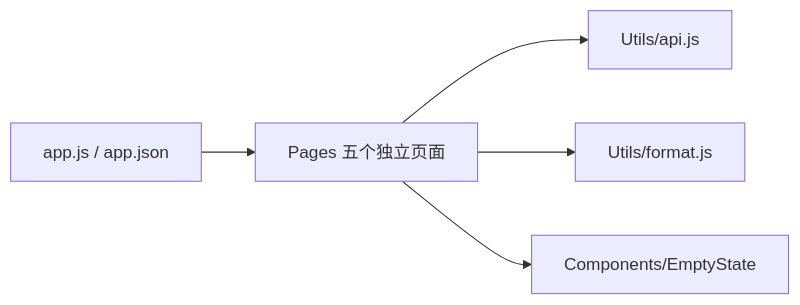
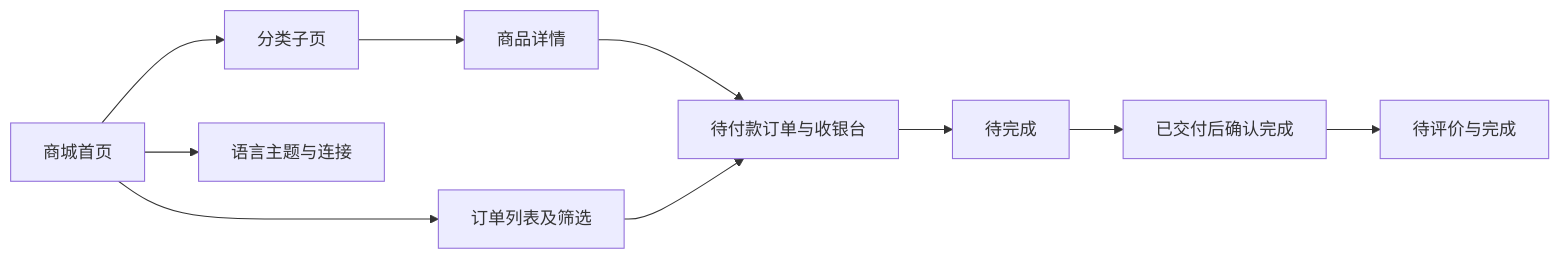
Before and after one commit to JobsKits/AcademicServices: the diagram in 代码/前端/微信小程序/代码地图/代码地图.md, drawn with Mermaid. The commit also changed other lines of this file and 157 other files, not shown here.

````diff
--- a/代码/前端/微信小程序/代码地图/代码地图.md
+++ b/代码/前端/微信小程序/代码地图/代码地图.md
@@ -30,7 +32,12 @@
 ```mermaid
 flowchart LR
-    App[app.js / app.json] --> Pages[Pages 五个独立页面]
-    Pages --> Api[Utils/api.js]
-    Pages --> Format[Utils/format.js]
-    Pages --> Empty[Components/EmptyState]
+  Home[商城首页] --> Category[分类子页]
+  Category --> Product[商品详情]
+  Product --> Order[待付款订单与收银台]
+  Order --> Payment[待完成]
+  Payment --> Accept[已交付后确认完成]
+  Accept --> Review[待评价与完成]
+  Home --> Orders[订单列表及筛选]
+  Orders --> Order
+  Home --> Settings[语言主题与连接]
 ```
````
